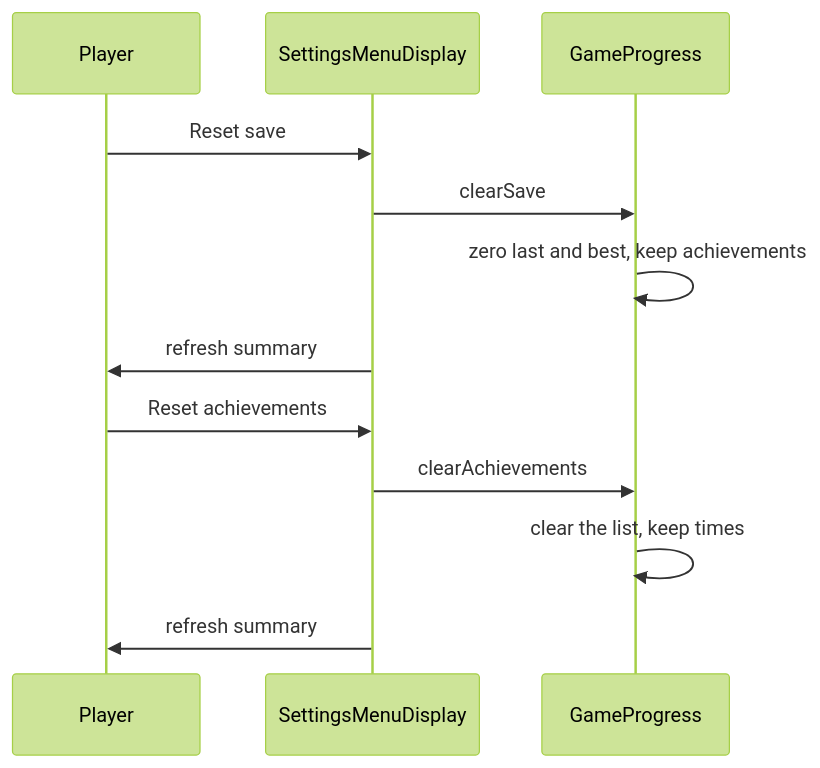
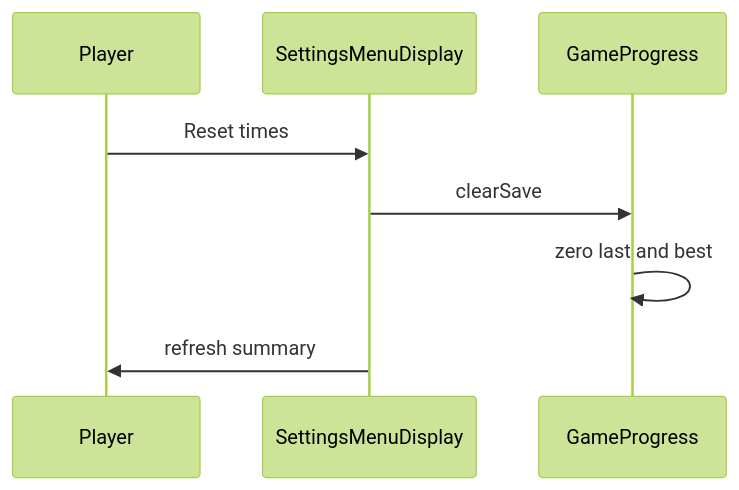
The third of 3 diagrams in source/docs/settings-menu.md (UQcsse3200/2026-studio-4), drawn with Mermaid (forest theme) before and after one commit. The commit also changed other lines of this file and 1 other file, not shown here.

Commit message:
Remove achievements from the settings menu (#238).

````diff
--- a/source/docs/settings-menu.md
+++ b/source/docs/settings-menu.md
@@ -121,15 +121,11 @@
 ```mermaid
 sequenceDiagram
   participant Player
   participant Menu as SettingsMenuDisplay
   participant Save as GameProgress
 
-  Player->>Menu: Reset save
+  Player->>Menu: Reset times
   Menu->>Save: clearSave
-  Save->>Save: zero last and best, keep achievements
-  Menu->>Player: refresh summary
-  Player->>Menu: Reset achievements
-  Menu->>Save: clearAchievements
-  Save->>Save: clear the list, keep times
+  Save->>Save: zero last and best
   Menu->>Player: refresh summary
 ```
````
